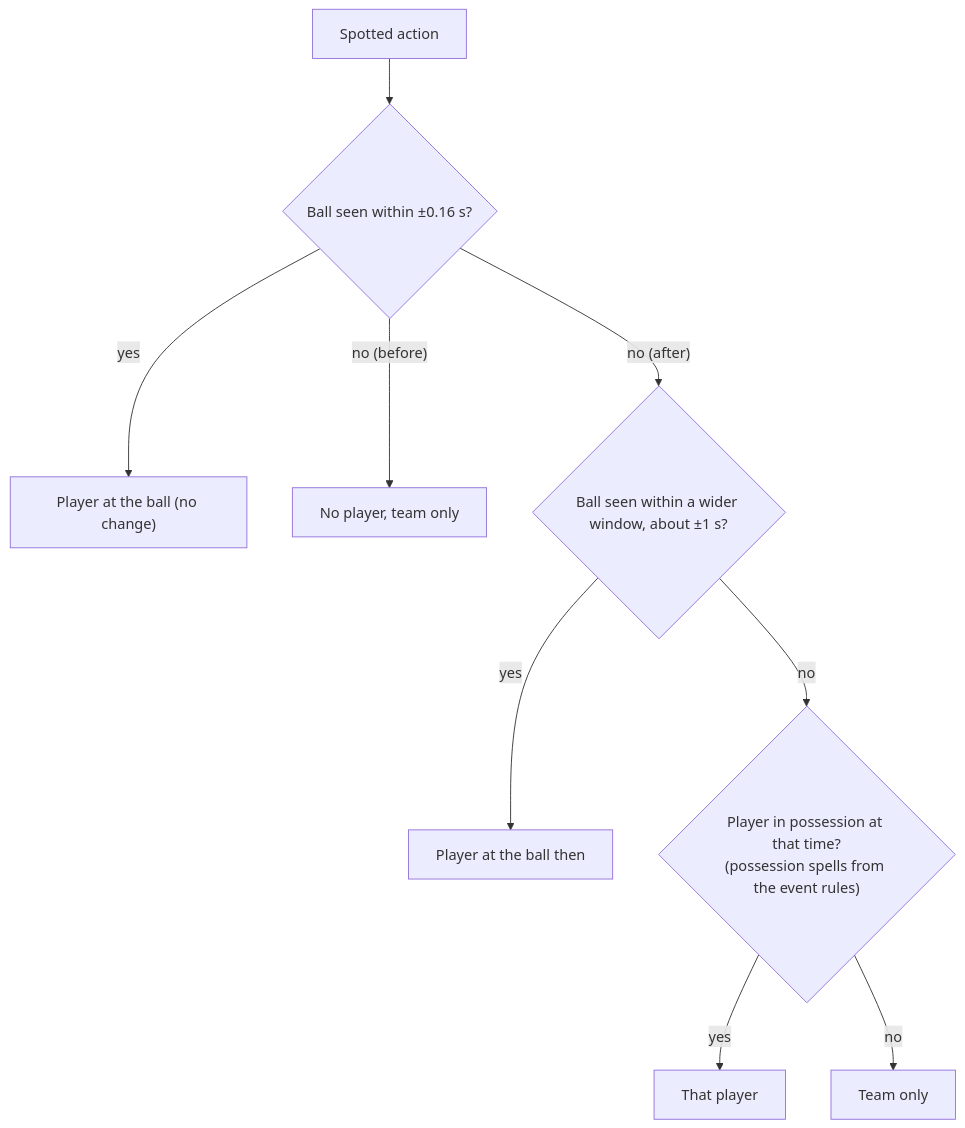
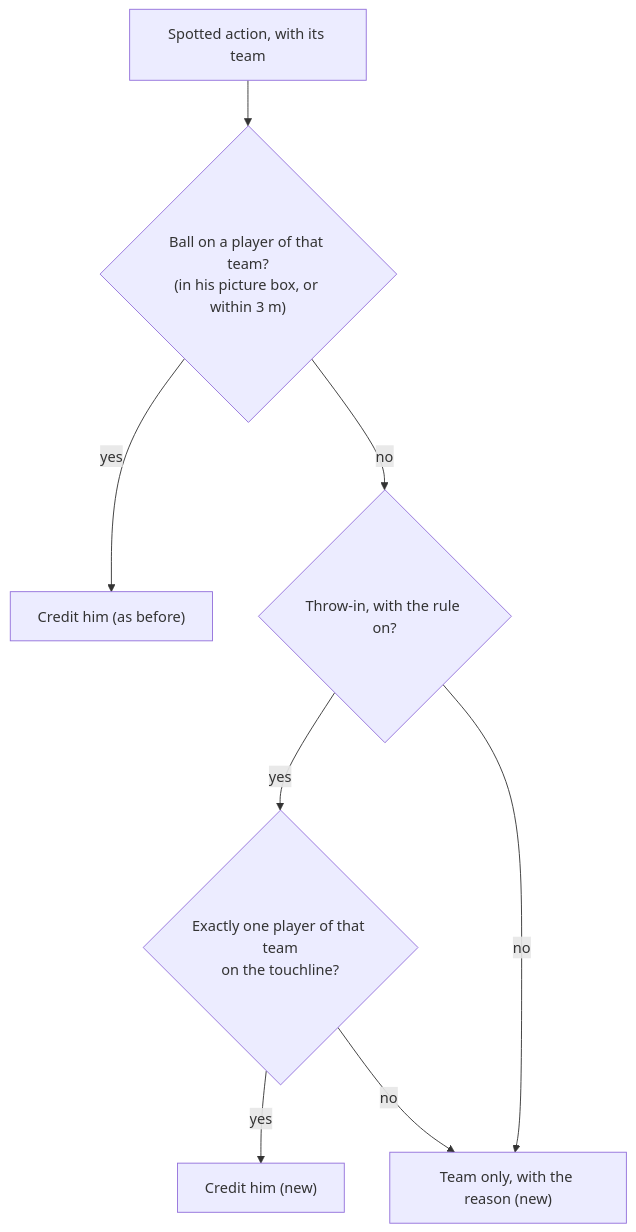
One commit to havochadi/AIFootballProfiler changed the third of 3 diagrams in README.md. Above: the diagram before and after it, drawn with Mermaid. The commit also changed other lines of this file, not shown here.

````diff
--- a/README.md
+++ b/README.md
@@ -171,11 +179,10 @@
 ```mermaid
 flowchart TD
-    P["Spotted action"] --> Q1{"Ball seen within ±0.16 s?"}
-    Q1 -- yes --> OK["Player at the ball (no change)"]
-    Q1 -- "no (before)" --> NO["No player, team only"]
-    Q1 -- "no (after)" --> Q2{"Ball seen within a wider window, about ±1 s?"}
-    Q2 -- yes --> OK2["Player at the ball then"]
-    Q2 -- no --> Q3{"Player in possession at that time?<br>(possession spells from the event rules)"}
-    Q3 -- yes --> OK3["That player"]
-    Q3 -- no --> NO2["Team only"]
+    P["Spotted action, with its team"] --> Q1{"Ball on a player of that team?<br>(in his picture box, or within 3 m)"}
+    Q1 -- yes --> OK["Credit him (as before)"]
+    Q1 -- no --> Q2{"Throw-in, with the rule on?"}
+    Q2 -- yes --> Q3{"Exactly one player of that team<br>on the touchline?"}
+    Q3 -- yes --> OK2["Credit him (new)"]
+    Q3 -- no --> NO["Team only, with the reason (new)"]
+    Q2 -- no --> NO
 ```
````
